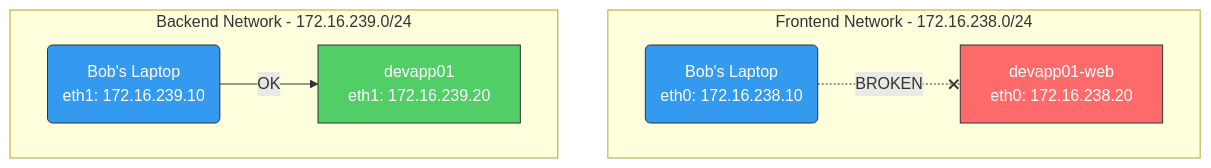
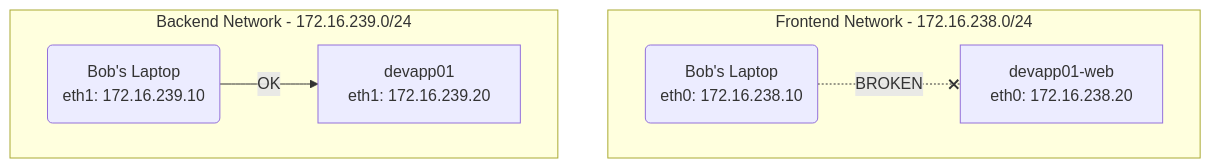
One commit to gamaware/system-design-course changed the diagram in 07-networking/README.md. Above: the diagram before and after it, drawn with Mermaid. The commit also changed 6 other files, not shown here.

Commit message:
fix: remove inline colors to respect beautiful-mermaid theme

````diff
--- a/07-networking/README.md
+++ b/07-networking/README.md
@@ -31,29 +31,21 @@
 ```mermaid
 graph TB
     %% Frontend network (broken path)
     subgraph frontend ["Frontend Network - 172.16.238.0/24"]
         direction LR
         BOB_FE("Bob's Laptop<br>eth0: 172.16.238.10")
         SRV_FE["devapp01-web<br>eth0: 172.16.238.20"]
     end
 
     %% Backend network (working path)
     subgraph backend ["Backend Network - 172.16.239.0/24"]
         direction LR
         BOB_BE("Bob's Laptop<br>eth1: 172.16.239.10")
         SRV_BE["devapp01<br>eth1: 172.16.239.20"]
     end
 
     %% Connectivity status
     BOB_FE -.-x|"BROKEN"| SRV_FE
     BOB_BE -->|"OK"| SRV_BE
 
-    %% Class definitions
-    classDef broken fill:#ff6b6b,stroke:#333,color:#fff
-    classDef healthy fill:#51cf66,stroke:#333,color:#fff
-    classDef client fill:#339af0,stroke:#333,color:#fff
-
-    class SRV_FE broken
-    class SRV_BE healthy
-    class BOB_FE,BOB_BE client
 ```
````
